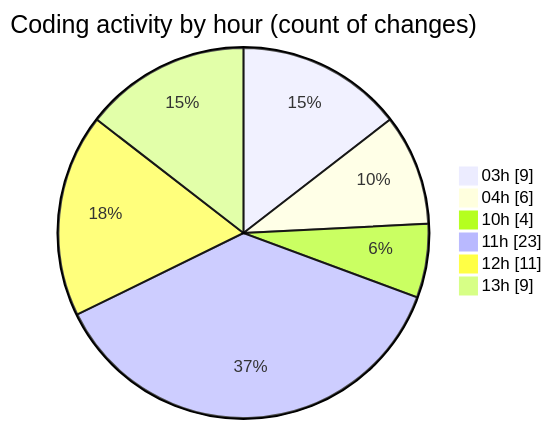
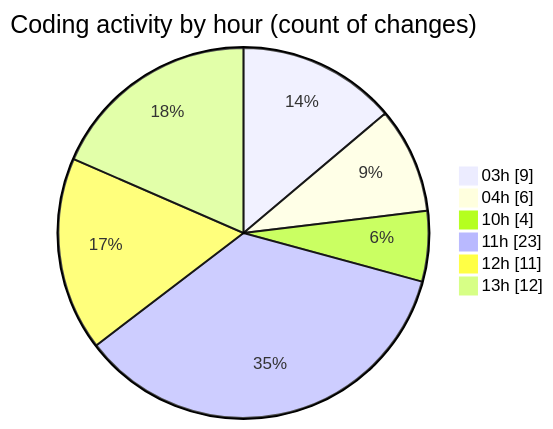
The second of 2 diagrams in 2025-10-30/eventscop-frontend-guide__workspace_/README.md (julien-gomy/code-tracking), drawn with Mermaid before and after one commit. The commit also changed other lines of this file and 1 other file, not shown here.

````diff
--- a/2025-10-30/eventscop-frontend-guide__workspace_/README.md
+++ b/2025-10-30/eventscop-frontend-guide__workspace_/README.md
@@ -41,10 +41,10 @@
 ```mermaid
 pie showData
 title Coding activity by hour (count of changes)
 "03h" : 9
 "04h" : 6
 "10h" : 4
 "11h" : 23
 "12h" : 11
-"13h" : 9
+"13h" : 12
 ```
````
